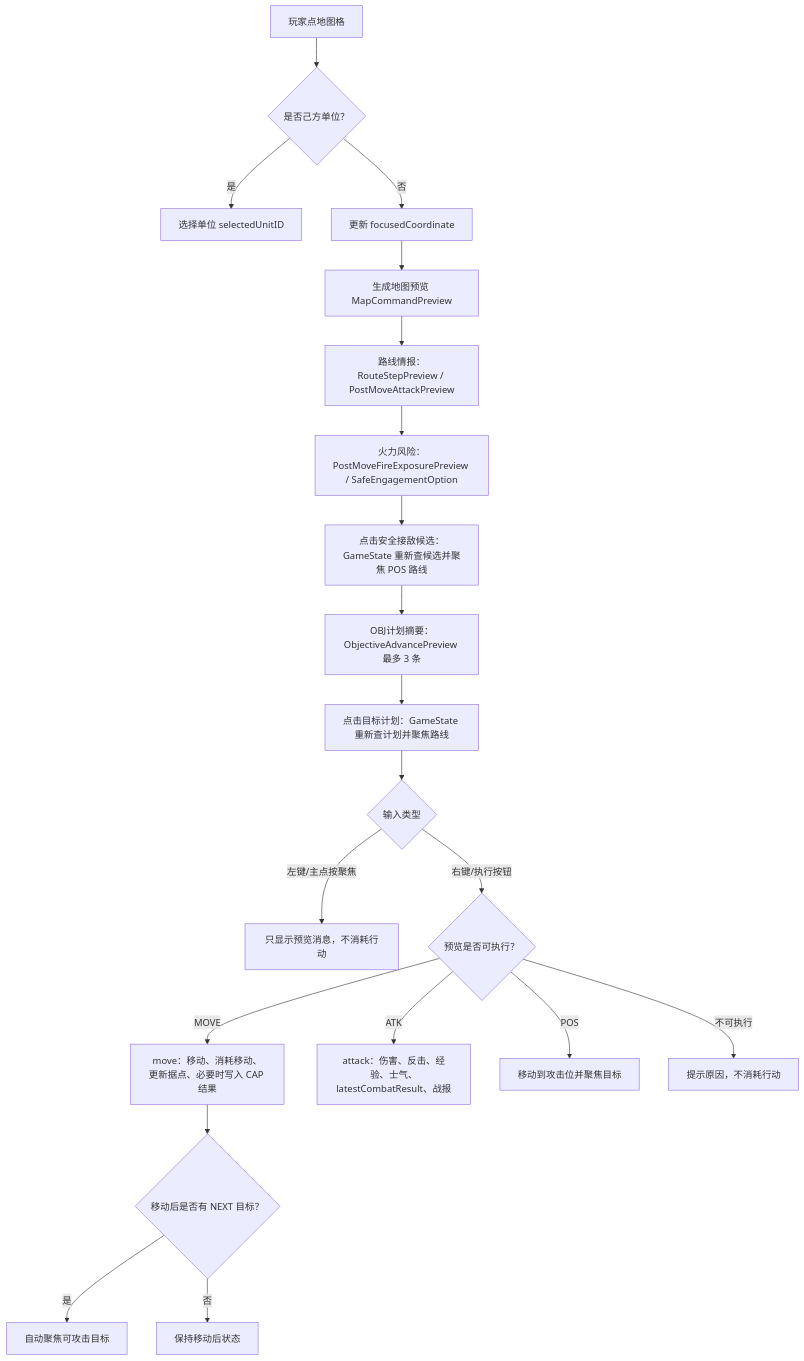
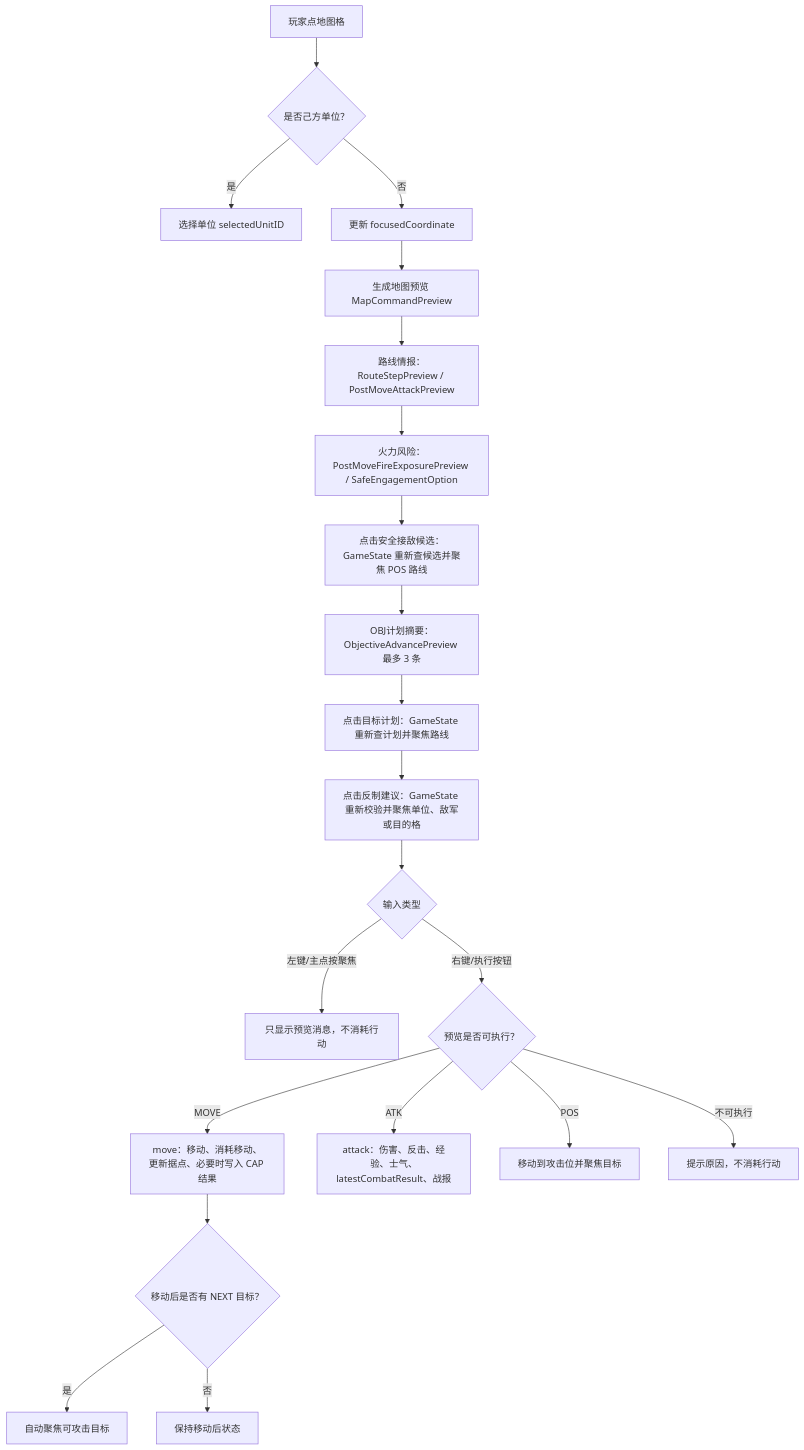
One commit to Altman-sam114/116 changed the second of 5 diagrams in md/flow/flowchart.md. Above: the diagram before and after it, drawn with Mermaid. The commit also changed other lines of this file and 9 other files, not shown here.

````diff
--- a/md/flow/flowchart.md
+++ b/md/flow/flowchart.md
@@ -30,22 +30,23 @@
 ```mermaid
 flowchart TD
   A["玩家点地图格"] --> B{"是否己方单位？"}
   B -->|是| C["选择单位 selectedUnitID"]
   B -->|否| D["更新 focusedCoordinate"]
   D --> E["生成地图预览 MapCommandPreview"]
   E --> R["路线情报：RouteStepPreview / PostMoveAttackPreview"]
   R --> X["火力风险：PostMoveFireExposurePreview / SafeEngagementOption"]
   X --> SP["点击安全接敌候选：GameState 重新查候选并聚焦 POS 路线"]
   SP --> OP["OBJ计划摘要：ObjectiveAdvancePreview 最多 3 条"]
   OP --> OC["点击目标计划：GameState 重新查计划并聚焦路线"]
-  OC --> F{"输入类型"}
+  OC --> CM["点击反制建议：GameState 重新校验并聚焦单位、敌军或目的格"]
+  CM --> F{"输入类型"}
   F -->|左键/主点按聚焦| G["只显示预览消息，不消耗行动"]
   F -->|右键/执行按钮| H{"预览是否可执行？"}
   H -->|MOVE| I["move：移动、消耗移动、更新据点、必要时写入 CAP 结果"]
   H -->|ATK| J["attack：伤害、反击、经验、士气、latestCombatResult、战报"]
   H -->|POS| K["移动到攻击位并聚焦目标"]
   H -->|不可执行| L["提示原因，不消耗行动"]
   I --> M{"移动后是否有 NEXT 目标？"}
   M -->|是| N["自动聚焦可攻击目标"]
   M -->|否| O["保持移动后状态"]
 ```
````
